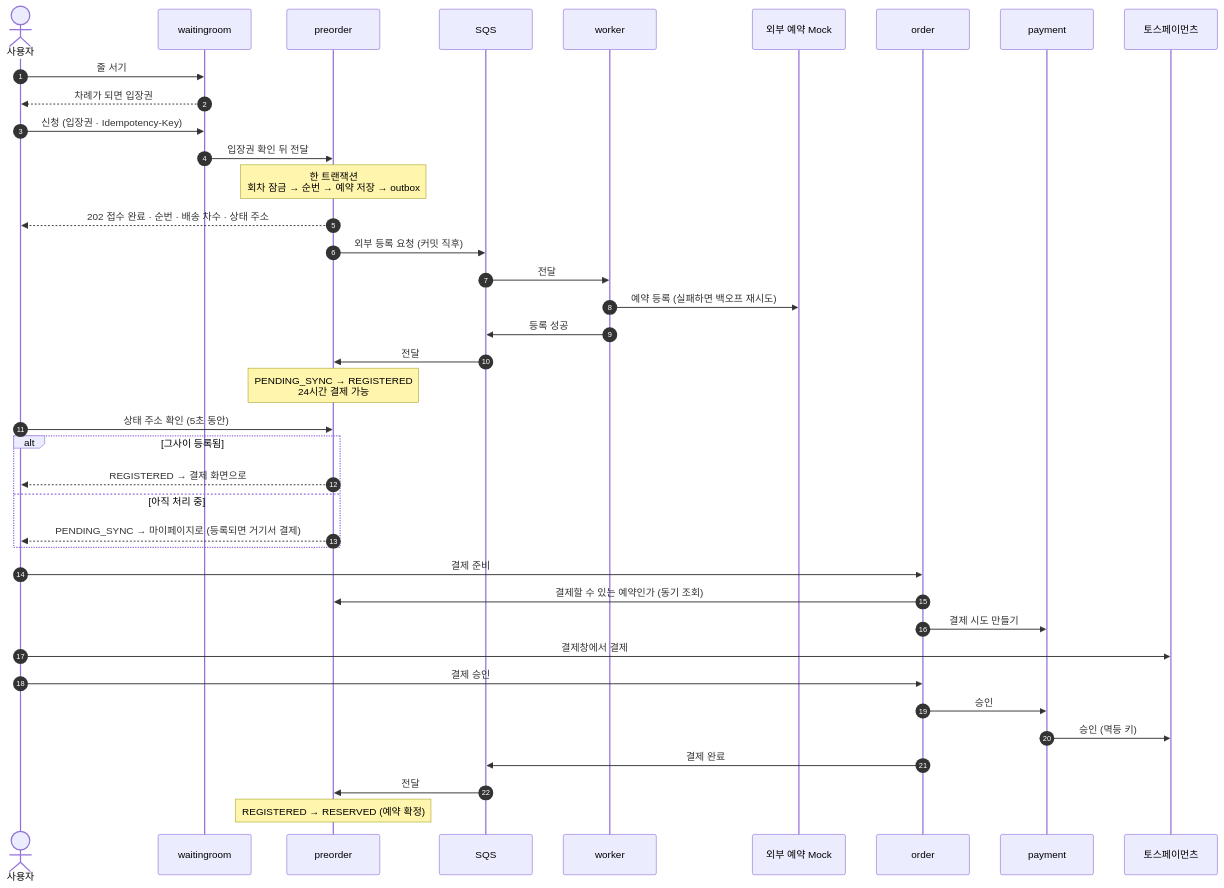
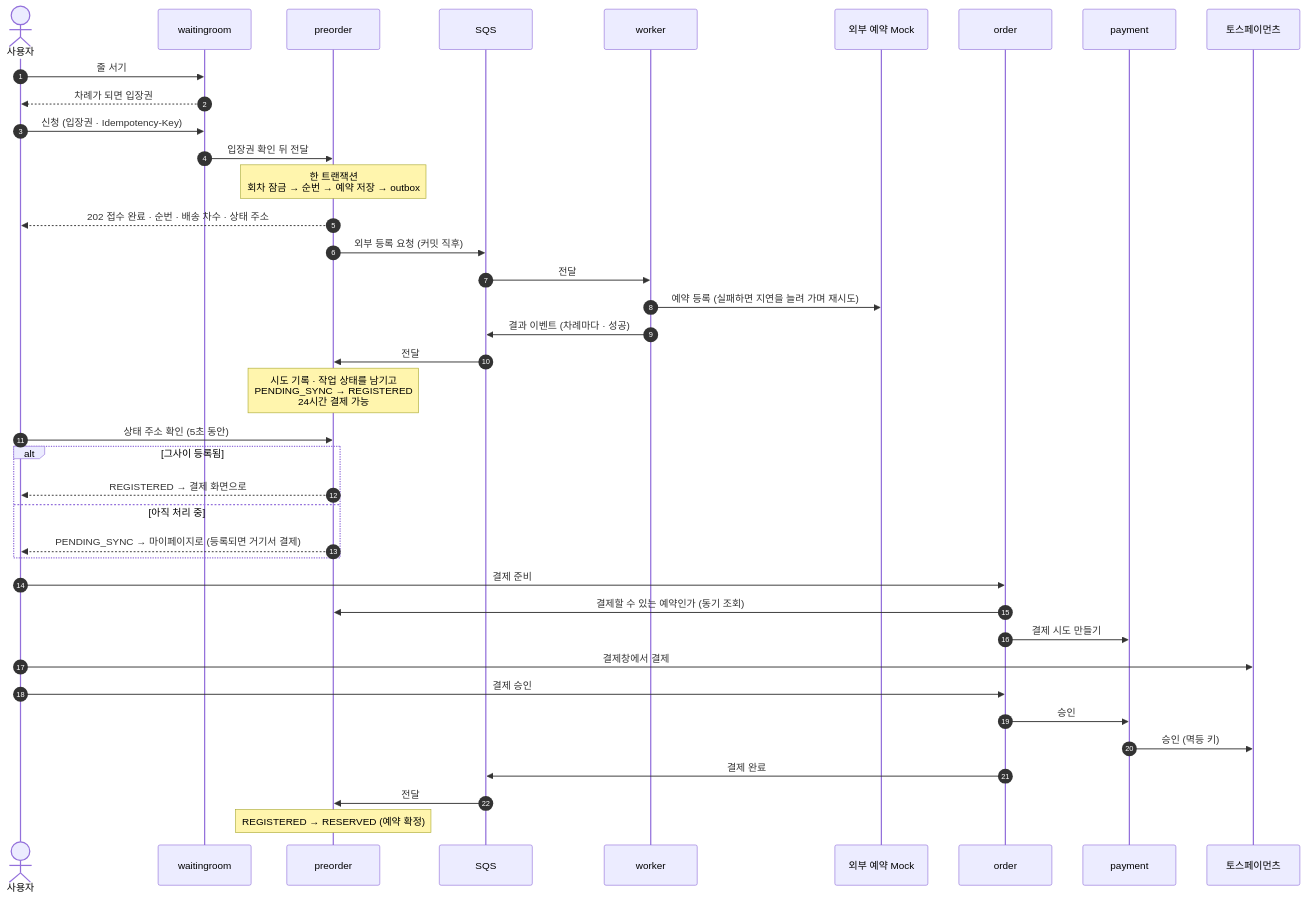
One commit to Grandis-2/be changed the second of 3 diagrams in README.md. Above: the diagram before and after it, drawn with Mermaid. The commit also changed other lines of this file, not shown here.

````diff
--- a/README.md
+++ b/README.md
@@ -79,44 +79,44 @@
 ```mermaid
 sequenceDiagram
     autonumber
     actor U as 사용자
     participant WR as waitingroom
     participant PO as preorder
     participant Q as SQS
     participant W as worker
     participant X as 외부 예약 Mock
     participant O as order
     participant P as payment
     participant T as 토스페이먼츠
 
     U->>WR: 줄 서기
     WR-->>U: 차례가 되면 입장권
     U->>WR: 신청 (입장권 · Idempotency-Key)
     WR->>PO: 입장권 확인 뒤 전달
     Note over PO: 한 트랜잭션<br/>회차 잠금 → 순번 → 예약 저장 → outbox
     PO-->>U: 202 접수 완료 · 순번 · 배송 차수 · 상태 주소
     PO->>Q: 외부 등록 요청 (커밋 직후)
     Q->>W: 전달
-    W->>X: 예약 등록 (실패하면 백오프 재시도)
-    W->>Q: 등록 성공
+    W->>X: 예약 등록 (실패하면 지연을 늘려 가며 재시도)
+    W->>Q: 결과 이벤트 (차례마다 · 성공)
     Q->>PO: 전달
-    Note over PO: PENDING_SYNC → REGISTERED<br/>24시간 결제 가능
+    Note over PO: 시도 기록 · 작업 상태를 남기고<br/>PENDING_SYNC → REGISTERED<br/>24시간 결제 가능
 
     U->>PO: 상태 주소 확인 (5초 동안)
     alt 그사이 등록됨
         PO-->>U: REGISTERED → 결제 화면으로
     else 아직 처리 중
         PO-->>U: PENDING_SYNC → 마이페이지로 (등록되면 거기서 결제)
     end
 
     U->>O: 결제 준비
     O->>PO: 결제할 수 있는 예약인가 (동기 조회)
     O->>P: 결제 시도 만들기
     U->>T: 결제창에서 결제
     U->>O: 결제 승인
     O->>P: 승인
     P->>T: 승인 (멱등 키)
     O->>Q: 결제 완료
     Q->>PO: 전달
     Note over PO: REGISTERED → RESERVED (예약 확정)
 ```
````
